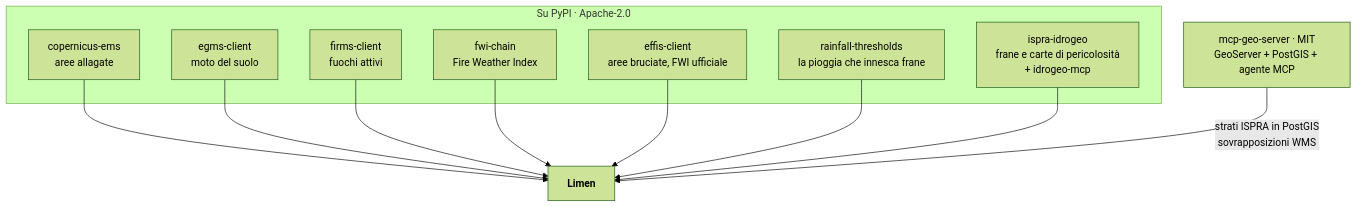
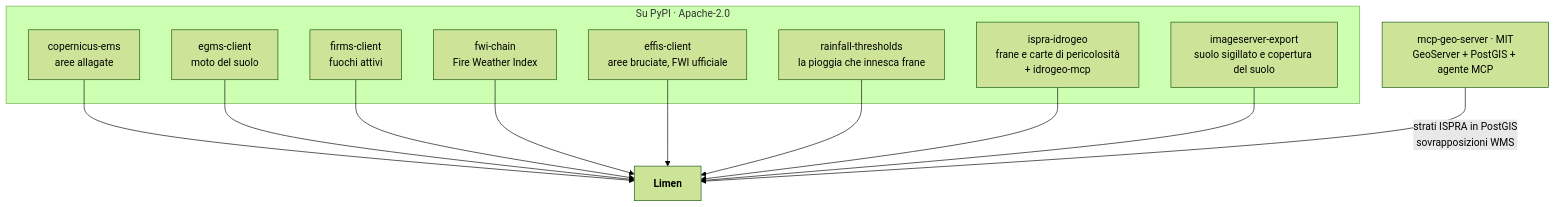
The fourth of 5 diagrams in README.it.md (agent-engineering-studio/limen), drawn with Mermaid (forest theme) before and after one commit. The commit also changed other lines of this file and 5 other files, not shown here.

First line of the commit message:
refactor(imperviousness): il raster del suolo sigillato da imageserver-export

````diff
--- a/README.it.md
+++ b/README.it.md
@@ -419,22 +419,24 @@
 ```mermaid
 flowchart TB
     subgraph PyPI["Su PyPI · Apache-2.0"]
         CEMS["copernicus-ems<br/>aree allagate"]
         EG["egms-client<br/>moto del suolo"]
         FC["firms-client<br/>fuochi attivi"]
         ID["ispra-idrogeo<br/>frane e carte di pericolosità<br/>+ idrogeo-mcp"]
         FWI["fwi-chain<br/>Fire Weather Index"]
         EF["effis-client<br/>aree bruciate, FWI ufficiale"]
         RT["rainfall-thresholds<br/>la pioggia che innesca frane"]
+        IS["imageserver-export<br/>suolo sigillato e copertura del suolo"]
     end
     MGS["mcp-geo-server · MIT<br/>GeoServer + PostGIS + agente MCP"]
     L["<b>Limen</b>"]
     CEMS --> L
     EG --> L
     FC --> L
     FWI --> L
     EF --> L
     RT --> L
     ID --> L
+    IS --> L
     MGS -- "strati ISPRA in PostGIS<br/>sovrapposizioni WMS" --> L
 ```
````
